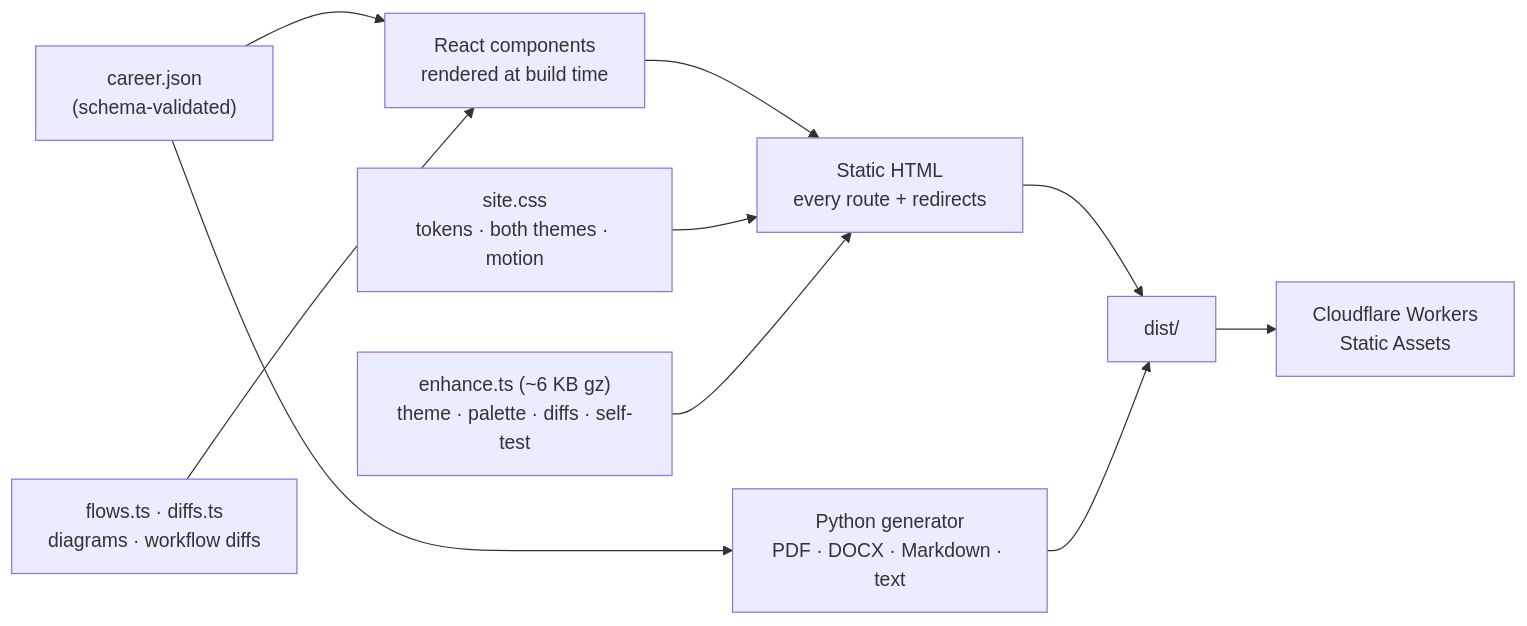
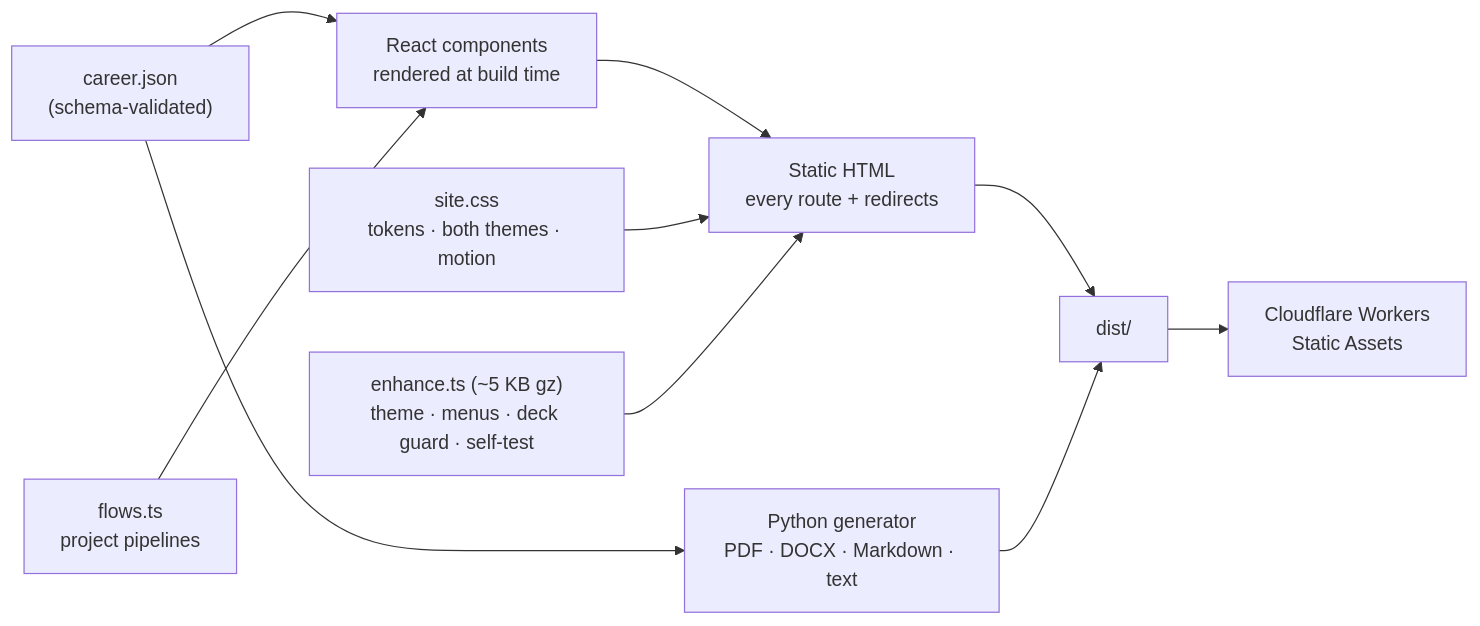
Before and after one commit to mohamedmoheyeldin/portfolio: the first of 2 diagrams in README.md, drawn with Mermaid. The commit also changed other lines of this file and 26 other files, not shown here.

````diff
--- a/README.md
+++ b/README.md
@@ -21,12 +21,12 @@
 ```mermaid
 flowchart LR
   Career["career.json<br/>(schema-validated)"] --> Render["React components<br/>rendered at build time"]
-  Flows["flows.ts · diffs.ts<br/>diagrams · workflow diffs"] --> Render
+  Flows["flows.ts<br/>project pipelines"] --> Render
   Render --> HTML["Static HTML<br/>every route + redirects"]
   CSS["site.css<br/>tokens · both themes · motion"] --> HTML
-  Enhance["enhance.ts (~6 KB gz)<br/>theme · palette · diffs · self-test"] --> HTML
+  Enhance["enhance.ts (~5 KB gz)<br/>theme · menus · deck guard · self-test"] --> HTML
   Career --> Resumes["Python generator<br/>PDF · DOCX · Markdown · text"]
   HTML --> Dist["dist/"]
   Resumes --> Dist
   Dist --> CF["Cloudflare Workers<br/>Static Assets"]
 ```
````
